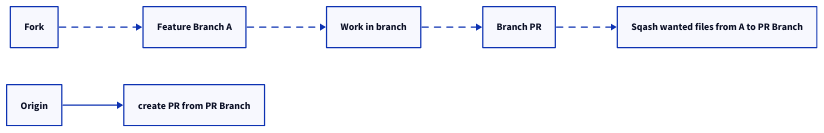
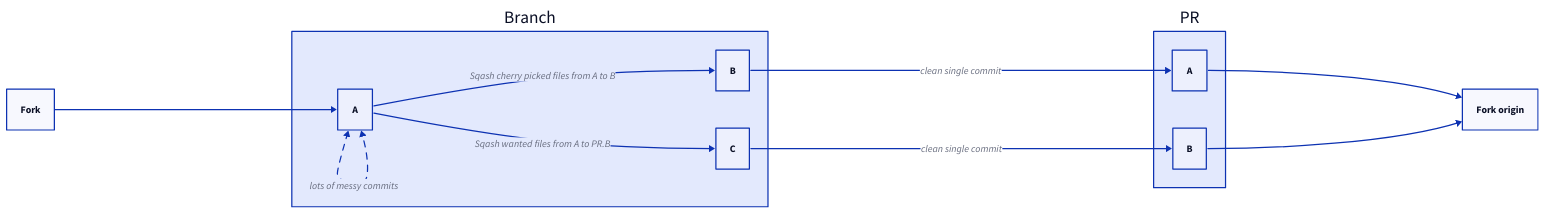
Before and after one commit to nmwael/nmwael.github.io: the diagram in src/content/note/2025-10-09.md, drawn with D2. The commit also changed other lines of this file, not shown here.

````diff
--- a/src/content/note/2025-10-09.md
+++ b/src/content/note/2025-10-09.md
@@ -11,7 +12,19 @@
 ```d2 sketch pad=50
 direction: right
 
-Fork -> Feature Branch A -> Work in branch -> Branch PR -> Sqash wanted files from A to PR Branch: {style.animated: true}
+Fork
 
-Origin -> create PR from PR Branch
+PR.A
+PR.B
+Branch
+
+Fork -> Branch.A
+Branch.A <-> Branch.A: lots of messy commits {style.animated: true}
+Branch.A -> Branch.B: Sqash cherry picked files from A to B
+Branch.B -> PR.A: clean single commit
+Branch.A -> Branch.C: Sqash wanted files from A to PR.B
+Branch.C -> PR.B: clean single commit
+
+PR.A -> Fork origin
+PR.B -> Fork origin
 ```
````
